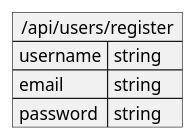
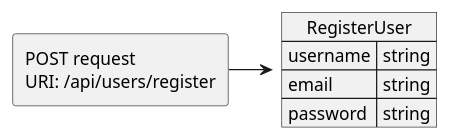
Before and after one commit to JKMN-Projects/TeamTactics: the diagram in docs/JSON Contracts/Requests/RegisterUser.puml, drawn with PlantUML. The commit also changed 20 other files, not shown here.

```diff
--- a/docs/JSON Contracts/Requests/RegisterUser.puml
+++ b/docs/JSON Contracts/Requests/RegisterUser.puml
@@ -1,9 +1,12 @@
-@startuml Register User Request
+@startuml Register request
+allowmixing
 
-json "/api/users/register" as registerUserRequest {
+agent "POST request \nURI: /api/users/register"
+  json "RegisterUser" as J {
   "username": "string",
   "email": "string",
   "password": "string"
-}
+  }
 
+"POST request \nURI: /api/users/register" -> J 
 @enduml
```
